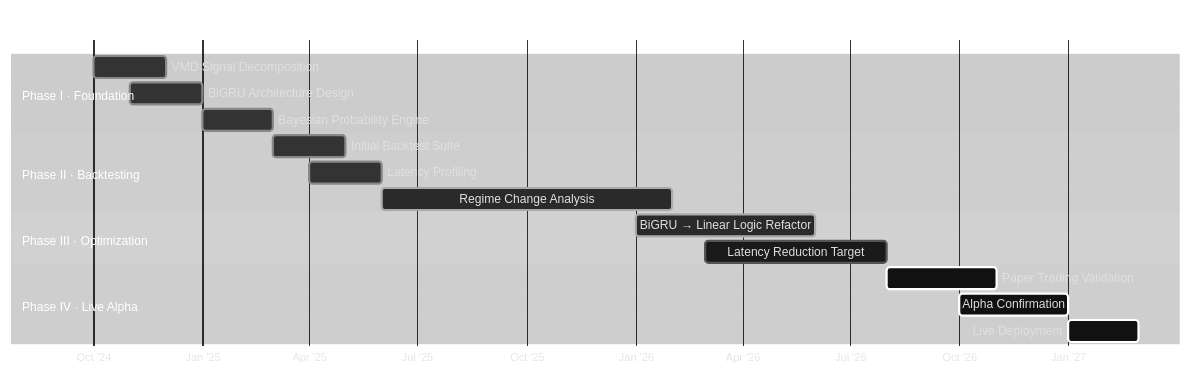
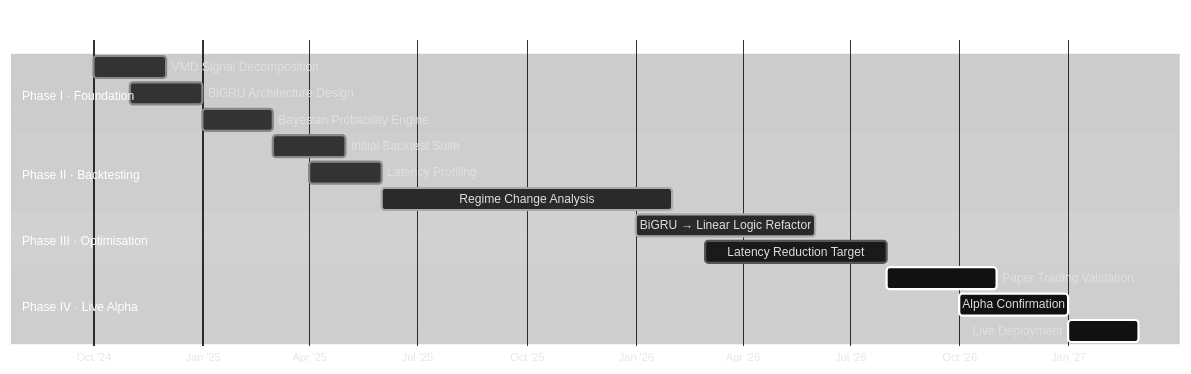
One commit to new-vector/Aegis changed the fourth of 4 diagrams in README.md. Above: the diagram before and after it, drawn with Mermaid. The commit also changed other lines of this file, not shown here.

````diff
--- a/README.md
+++ b/README.md
@@ -155,26 +152,26 @@
 ```mermaid
 %%{init: {"theme": "base", "themeVariables": {"primaryColor": "#1a1a1a", "primaryTextColor": "#e0e0e0", "primaryBorderColor": "#555555", "lineColor": "#777777", "background": "#000000", "mainBkg": "#1a1a1a", "titleColor": "#ffffff", "taskBkgColor": "#1a1a1a", "taskBorderColor": "#555555", "taskTextColor": "#dddddd", "activeTaskBkgColor": "#2a2a2a", "activeTaskBorderColor": "#aaaaaa", "doneTaskBkgColor": "#333333", "doneTaskBorderColor": "#888888", "critBkgColor": "#111111", "critBorderColor": "#ffffff", "sectionBkgColor": "#000000", "altSectionBkgColor": "#0d0d0d", "gridColor": "#333333"}} }%%
 gantt
     title AEGIS Timeline
     dateFormat YYYY-MM
     axisFormat %b '%y
 
     section Phase I · Foundation
     VMD Signal Decomposition        :done,    p1a, 2024-10, 2024-12
     BiGRU Architecture Design       :done,    p1b, 2024-11, 2025-01
     Bayesian Probability Engine     :done,    p1c, 2025-01, 2025-03
 
     section Phase II · Backtesting
     Initial Backtest Suite          :done,    p2a, 2025-03, 2025-05
     Latency Profiling               :done,    p2b, 2025-04, 2025-06
     Regime Change Analysis          :active,  p2c, 2025-06, 2026-02
 
-    section Phase III · Optimization
+    section Phase III · Optimisation
     BiGRU → Linear Logic Refactor   :active,  p3a, 2026-01, 2026-06
     Latency Reduction Target        :         p3b, 2026-03, 2026-08
 
     section Phase IV · Live Alpha
     Paper Trading Validation        :crit,    p4a, 2026-08, 2026-11
     Alpha Confirmation              :crit,    p4b, 2026-10, 2027-01
     Live Deployment                 :crit,    p4c, 2027-01, 2027-03
 ```
````
